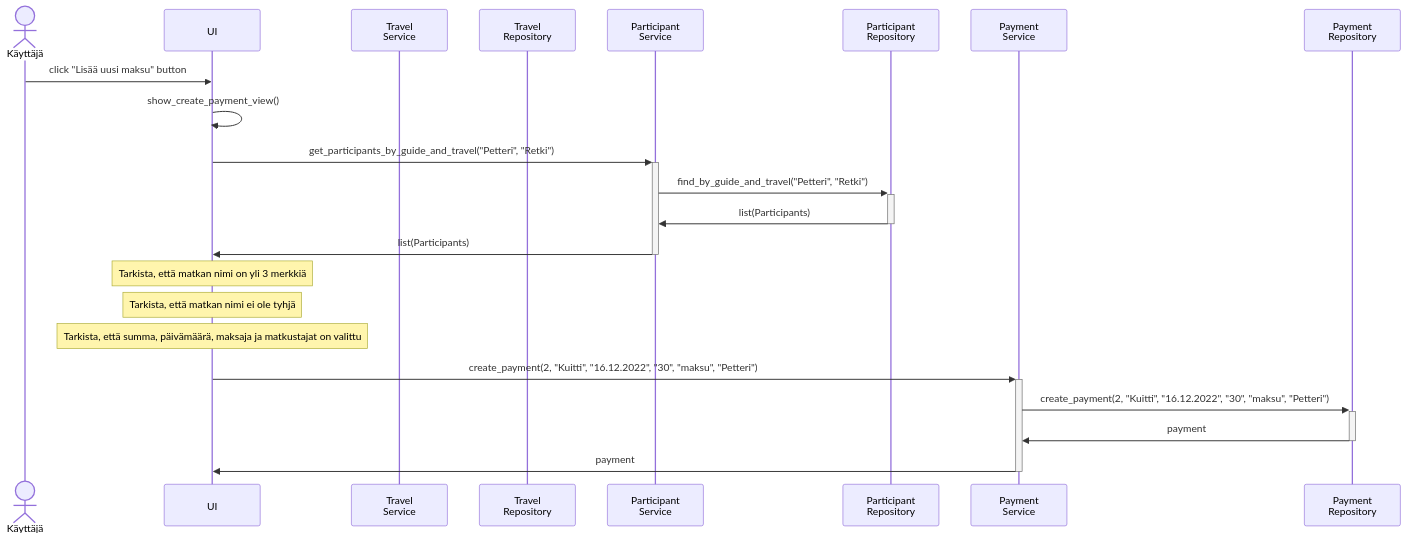
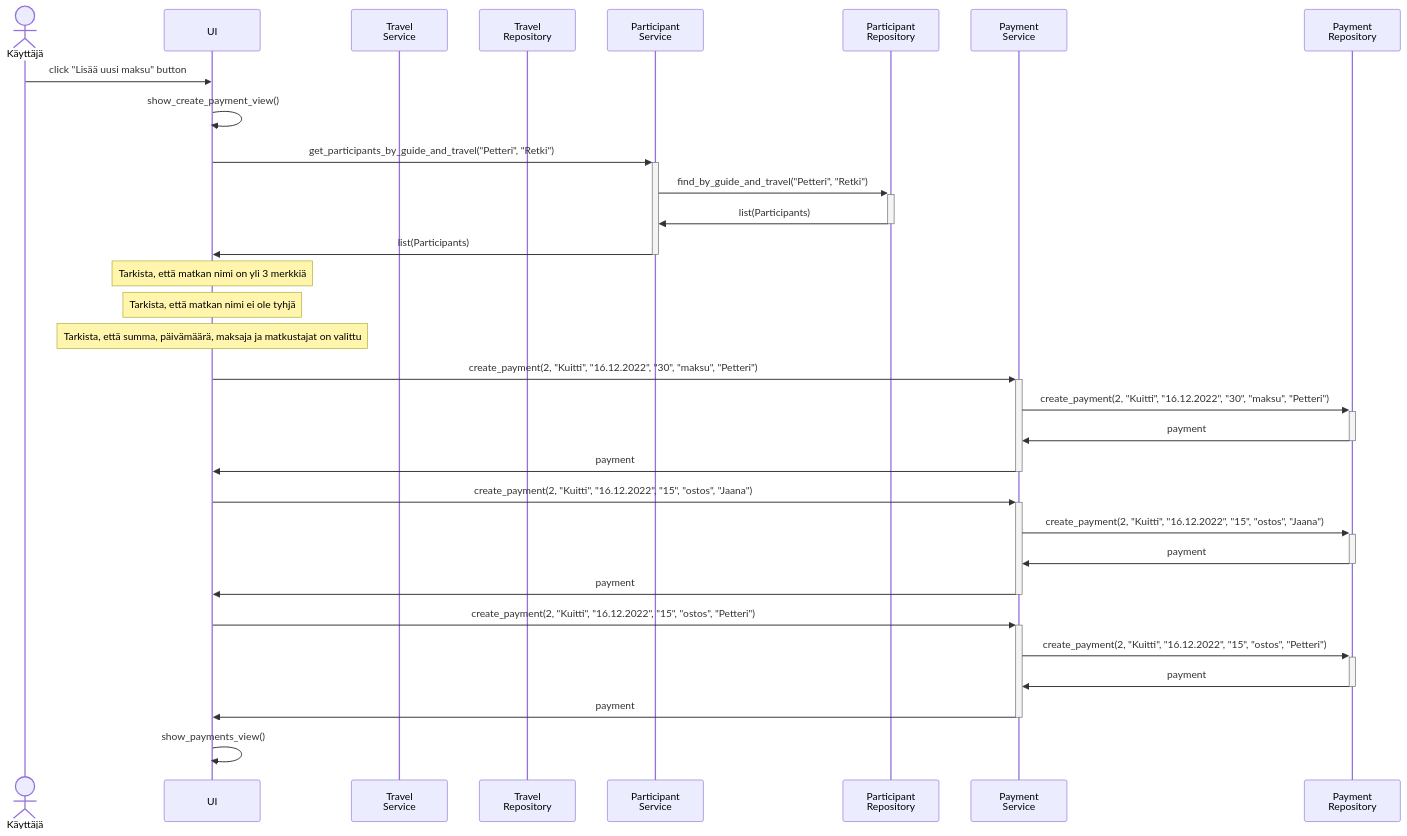
Before and after one commit to phuvio/ot-harjoitustyo: the fourth of 4 diagrams in travel-expense-calculator-app/dokumentaatio/arkkitehtuuri.md, drawn with Mermaid.

````diff
--- a/travel-expense-calculator-app/dokumentaatio/arkkitehtuuri.md
+++ b/travel-expense-calculator-app/dokumentaatio/arkkitehtuuri.md
@@ -172,24 +172,33 @@
 ```mermaid
  sequenceDiagram
    Actor K as Käyttäjä
    participant U as UI
    participant T as Travel <br> Service
    participant TR as Travel <br> Repository
    participant P as Participant <br> Service
    participant PR as Participant <br> Repository
    participant M as Payment <br> Service
    participant MR as Payment <br> Repository
    K->>U: click "Lisää uusi maksu" button
    U->>U: show_create_payment_view()
    U->>+P: get_participants_by_guide_and_travel("Petteri", "Retki")
    P->>+PR: find_by_guide_and_travel("Petteri", "Retki")
    PR->>-P: list(Participants)
    P->>-U: list(Participants)
    Note over U: Tarkista, että matkan nimi on yli 3 merkkiä
    Note over U: Tarkista, että matkan nimi ei ole tyhjä
    Note over U: Tarkista, että summa, päivämäärä, maksaja ja matkustajat on valittu
    U->>+M: create_payment(2, "Kuitti", "16.12.2022", "30", "maksu", "Petteri")
    M->>+MR: create_payment(2, "Kuitti", "16.12.2022", "30", "maksu", "Petteri")
    MR->>-M: payment
    M->>-U: payment
+   U->>+M: create_payment(2, "Kuitti", "16.12.2022", "15", "ostos", "Jaana")
+   M->>+MR: create_payment(2, "Kuitti", "16.12.2022", "15", "ostos", "Jaana")
+   MR->>-M: payment
+   M->>-U: payment
+   U->>+M: create_payment(2, "Kuitti", "16.12.2022", "15", "ostos", "Petteri")
+   M->>+MR: create_payment(2, "Kuitti", "16.12.2022", "15", "ostos", "Petteri")
+   MR->>-M: payment
+   M->>-U: payment
+   U->>U: show_payments_view()
 ```
````
